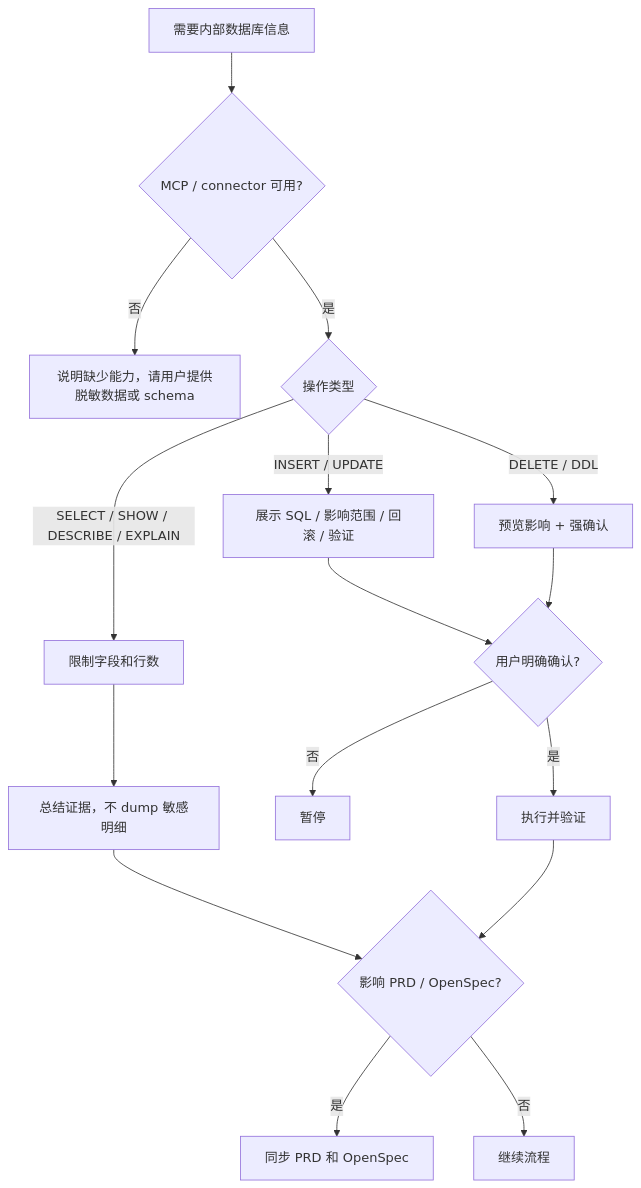
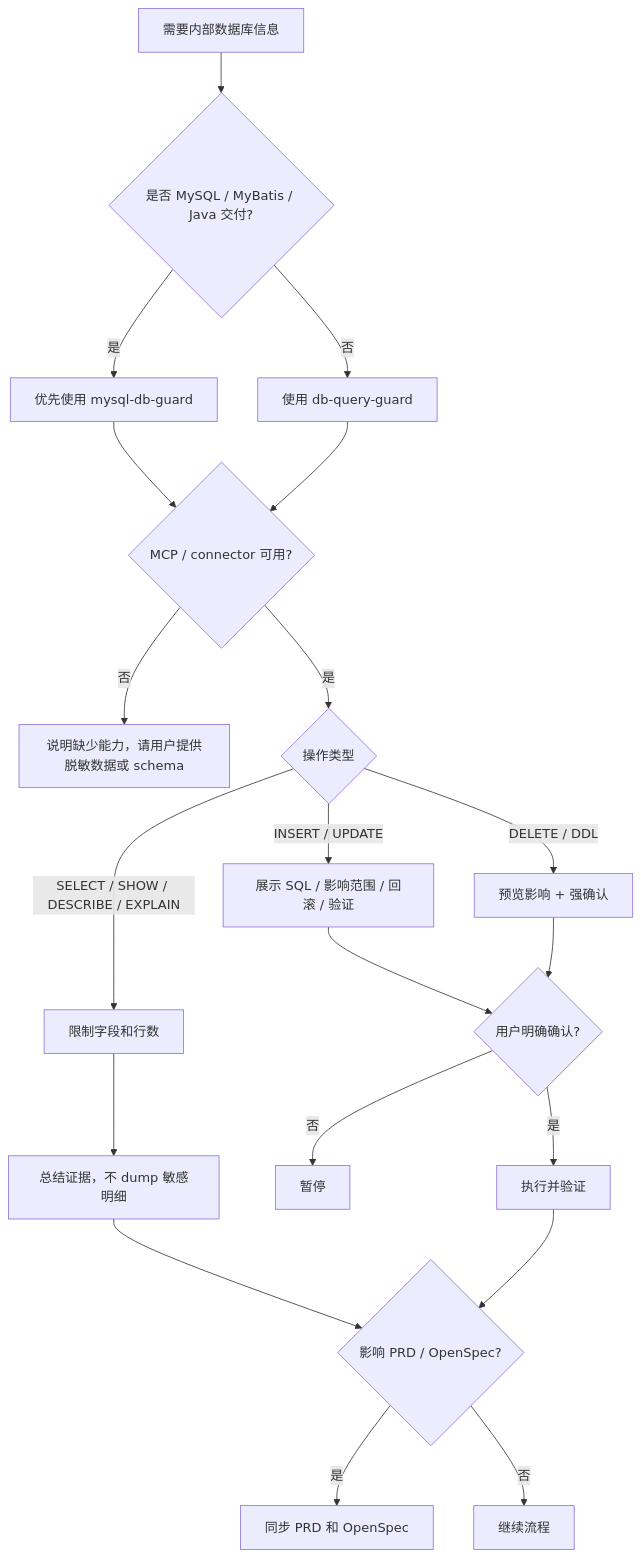
Before and after one commit to WealthyMan95/hades-openspec-java-workflow: the fifth of 6 diagrams in 流程图.md, drawn with Mermaid. The commit also changed other lines of this file and 50 other files, not shown here.

Commit message:
feat: absorb Java MySQL delivery guardrails

````diff
--- a/流程图.md
+++ b/流程图.md
@@ -66,18 +95,22 @@
 ```mermaid
 flowchart TD
-  A["需要内部数据库信息"] --> B{"MCP / connector 可用?"}
+  A["需要内部数据库信息"] --> A1{"是否 MySQL / MyBatis / Java 交付?"}
+  A1 -- "是" --> A2["优先使用 mysql-db-guard"]
+  A1 -- "否" --> A3["使用 db-query-guard"]
+  A2 --> B{"MCP / connector 可用?"}
+  A3 --> B
   B -- "否" --> C["说明缺少能力，请用户提供脱敏数据或 schema"]
   B -- "是" --> D{"操作类型"}
   D -- "SELECT / SHOW / DESCRIBE / EXPLAIN" --> E["限制字段和行数"]
   E --> F["总结证据，不 dump 敏感明细"]
   D -- "INSERT / UPDATE" --> G["展示 SQL / 影响范围 / 回滚 / 验证"]
   G --> H{"用户明确确认?"}
   H -- "否" --> I["暂停"]
   H -- "是" --> J["执行并验证"]
   D -- "DELETE / DDL" --> K["预览影响 + 强确认"]
   K --> H
   F --> L{"影响 PRD / OpenSpec?"}
   J --> L
   L -- "是" --> M["同步 PRD 和 OpenSpec"]
   L -- "否" --> N["继续流程"]
 ```
````
